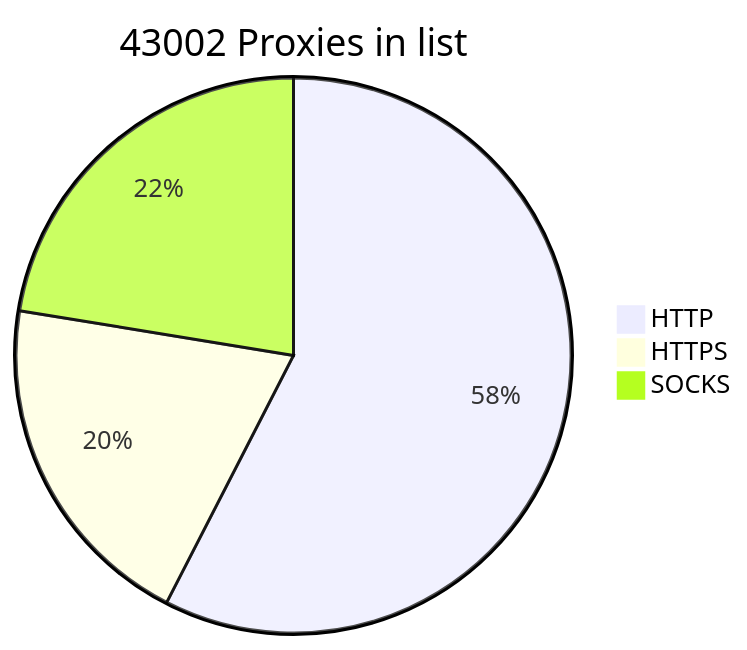
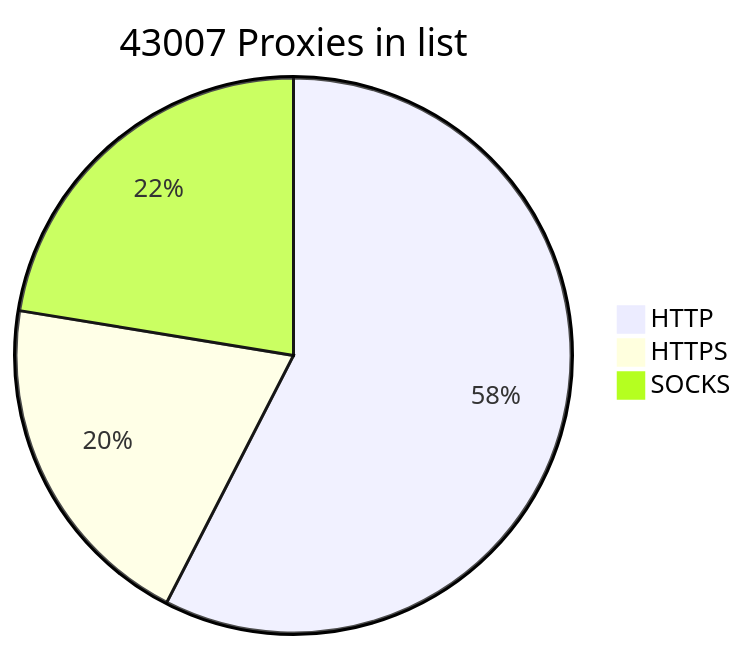
One commit to BlackSnowDot/proxylist-update-every-minute changed the diagram in README.md. Above: the diagram before and after it, drawn with Mermaid. The commit also changed other lines of this file, not shown here.

````diff
--- a/README.md
+++ b/README.md
@@ -2,6 +2,6 @@
 ```mermaid
-pie title 43002 Proxies in list
-    "HTTP" : 28520
-    "HTTPS": 9927
+pie title 43007 Proxies in list
+    "HTTP" : 28523
+    "HTTPS": 9931
     "SOCKS" : 11109
 ```
````
